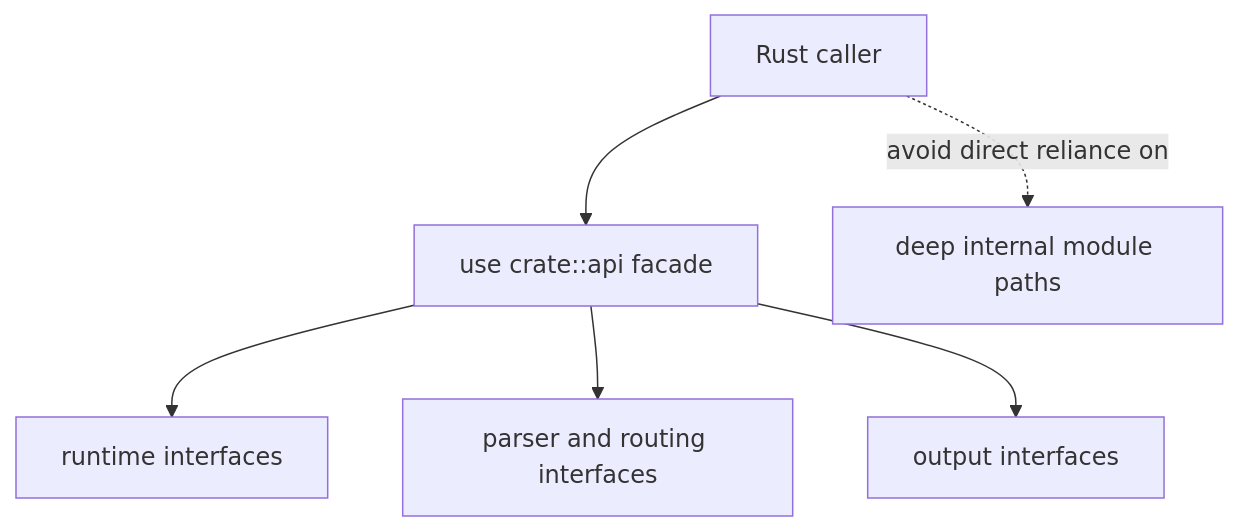
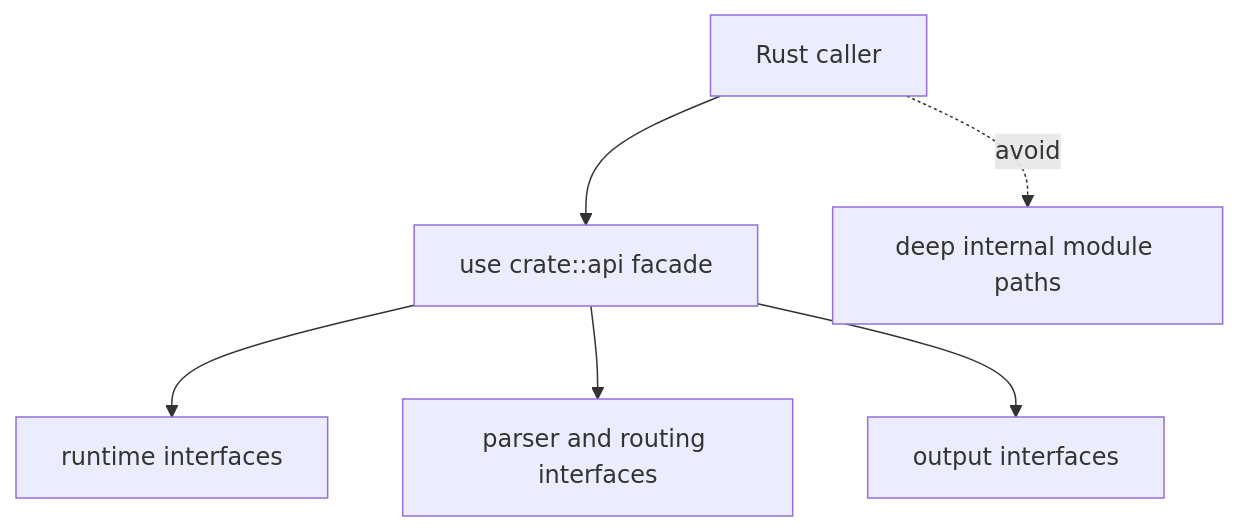
The diagram in docs/bijux-cli/interfaces/public-imports.md (bijux/bijux-cli), drawn with Mermaid before and after one commit. The commit also changed other lines of this file, not shown here.

````diff
--- a/docs/bijux-cli/interfaces/public-imports.md
+++ b/docs/bijux-cli/interfaces/public-imports.md
@@ -17,8 +20,8 @@
 ```mermaid
 flowchart TB
     caller["Rust caller"] --> api["use crate::api facade"]
     api --> runtime["runtime interfaces"]
     api --> parser["parser and routing interfaces"]
     api --> output["output interfaces"]
-    caller -.avoid direct reliance on.-> internals["deep internal module paths"]
+    caller -.avoid.-> internals["deep internal module paths"]
 ```
````
